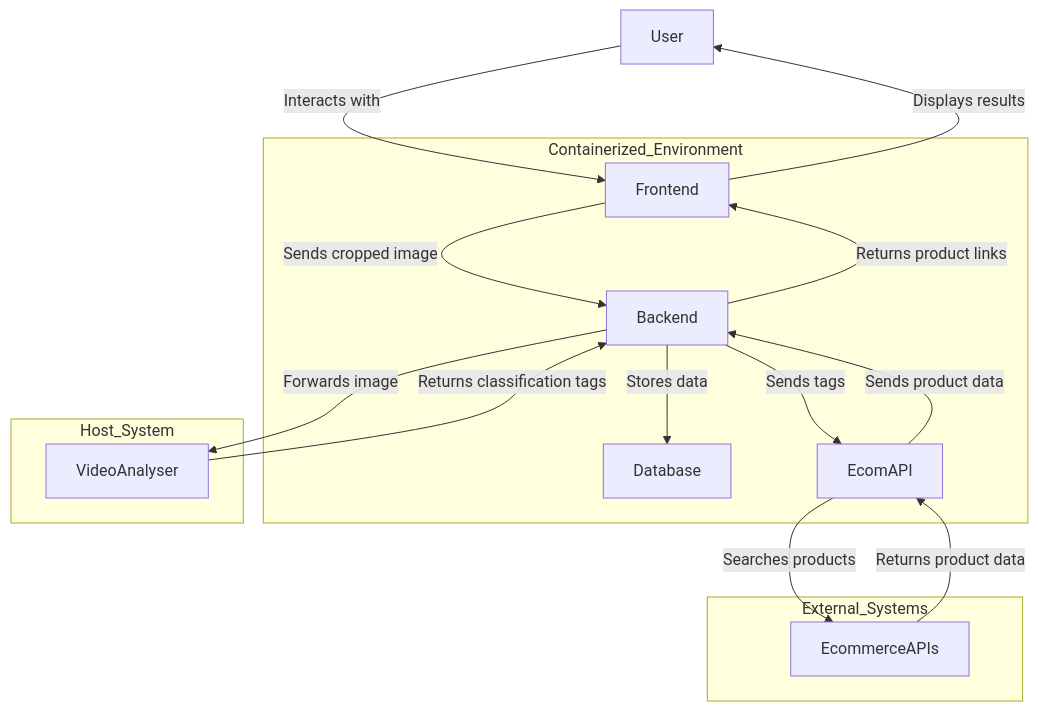
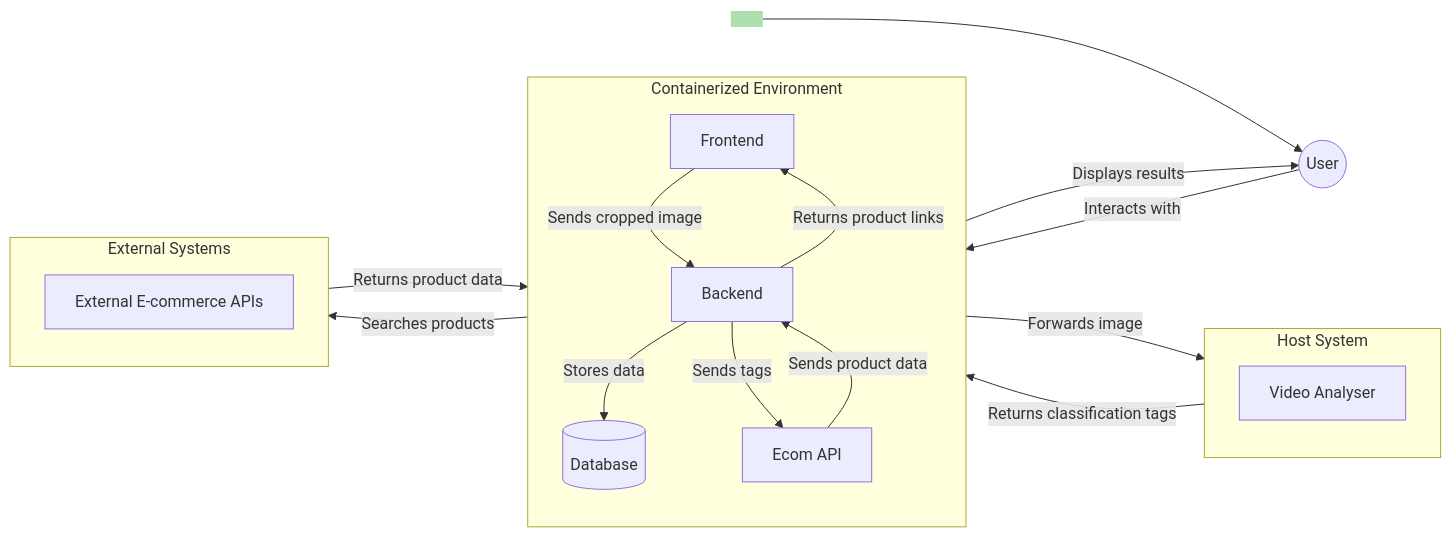
The first of 3 diagrams in TechnicalDiagrams.md (Deeku-Zeus/EcomMediaPlayer), drawn with Mermaid before and after one commit.

Commit message:
made changes in system architecture

````diff
--- a/TechnicalDiagrams.md
+++ b/TechnicalDiagrams.md
@@ -3,32 +3,46 @@
 ```mermaid
-flowchart TD
+flowchart LR
+    %% Background shape to cover the canvas area
+    subgraph bg[ ]
+    direction LR
+    classDef backgroundStyle fill:#ACE1AF,stroke-width:0px;
+    end
+    bg --> User
+
     %% Components
-    User -->|Interacts with| Frontend
-    Frontend -->|Sends cropped image| Backend
-    Backend -->|Stores data| Database
-    Backend -->|Forwards image| VideoAnalyser
+    User((User)) -->|Interacts with| Frontend[Frontend]
+    Frontend -->|Sends cropped image| Backend[Backend]
+    Backend -->|Stores data| Database[(Database)]
+    Backend -->|Forwards image| VideoAnalyser[Video Analyser]
     VideoAnalyser -->|Returns classification tags| Backend
-    Backend -->|Sends tags| EcomAPI
-    EcomAPI -->|Searches products| EcommerceAPIs
+    Backend -->|Sends tags| EcomAPI[Ecom API]
+    EcomAPI -->|Searches products| EcommerceAPIs[External E-commerce APIs]
     EcommerceAPIs -->|Returns product data| EcomAPI
     EcomAPI -->|Sends product data| Backend
     Backend -->|Returns product links| Frontend
     Frontend -->|Displays results| User
 
     %% Containerization
-    subgraph Containerized_Environment
+    subgraph Containerized_Environment[Containerized Environment]
+        direction TB
         Frontend
         Backend
         Database
         EcomAPI
     end
 
-    subgraph Host_System
+    subgraph Host_System[Host System]
+        direction TB
         VideoAnalyser
     end
 
     %% External API
-    subgraph External_Systems
+    subgraph External_Systems[External Systems]
+        direction TB
         EcommerceAPIs
     end
+
+    %% Applying background style
+    class bg backgroundStyle;
+
 ```
````
